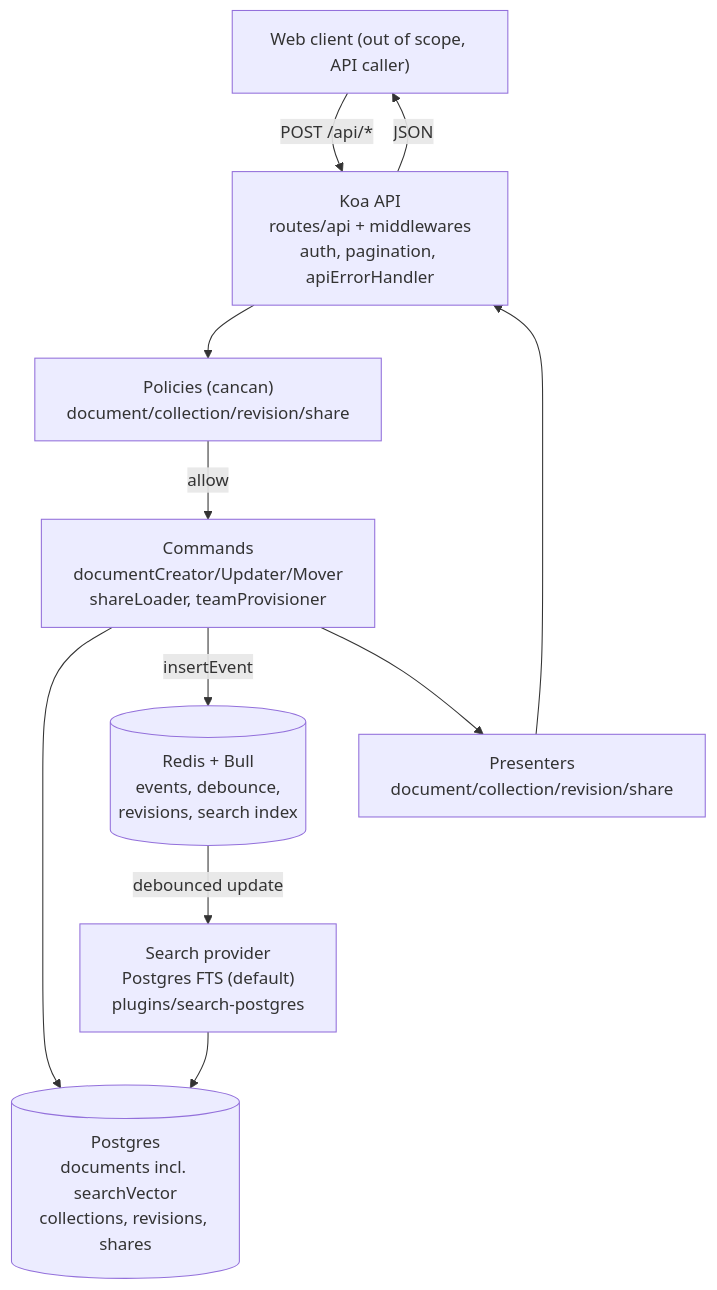
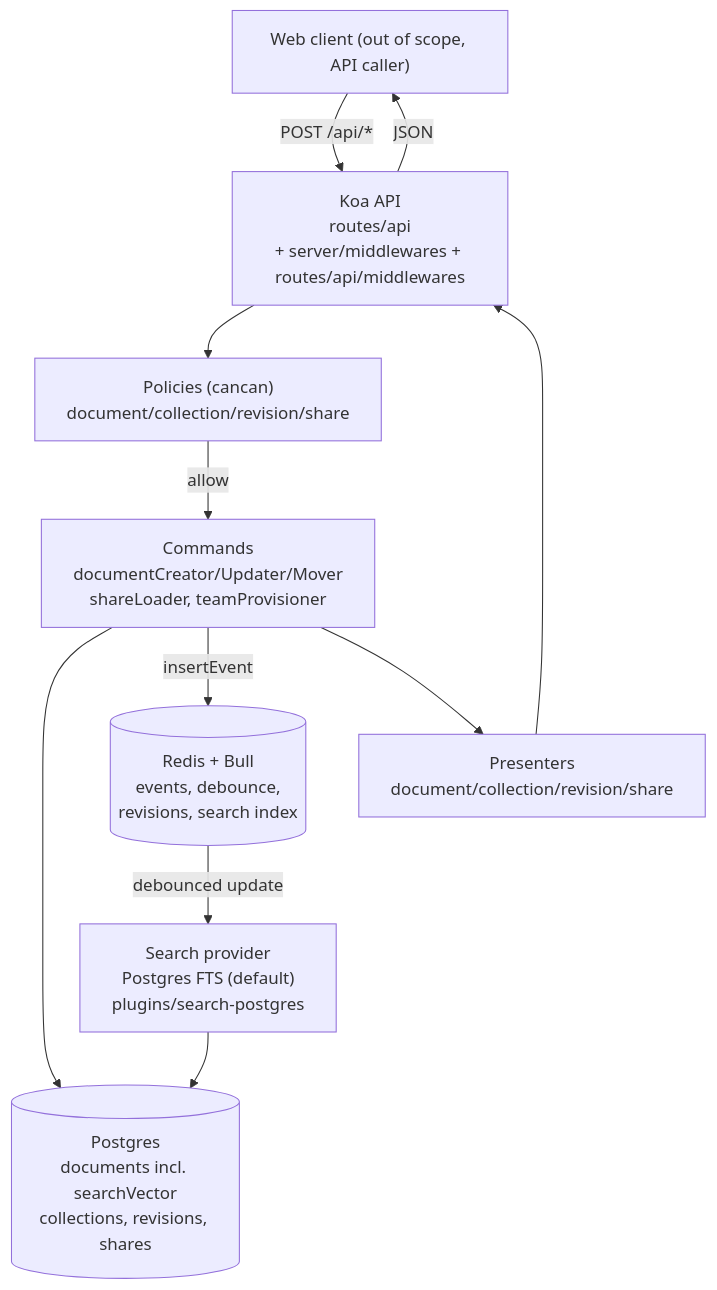
Before and after one commit to alphatrann/outline: the first of 6 diagrams in docs/sprint1/dataflows.md, drawn with Mermaid. The commit also changed other lines of this file and 2 other files, not shown here.

Commit message:
docs(sprint1): single-source diagrams inline, drop .mmd copies

````diff
--- a/docs/sprint1/dataflows.md
+++ b/docs/sprint1/dataflows.md
@@ -5,21 +5,21 @@
 ```mermaid
 flowchart TB
   Client["Web client (out of scope, API caller)"]
-  API["Koa API<br/>routes/api + middlewares<br/>auth, pagination, apiErrorHandler"]
+  API["Koa API<br/>routes/api<br/>+ server/middlewares + routes/api/middlewares"]
   Cmd["Commands<br/>documentCreator/Updater/Mover<br/>shareLoader, teamProvisioner"]
   Pol["Policies (cancan)<br/>document/collection/revision/share"]
   Pres["Presenters<br/>document/collection/revision/share"]
   PG[("Postgres<br/>documents incl. searchVector<br/>collections, revisions, shares")]
   Redis[("Redis + Bull<br/>events, debounce,<br/>revisions, search index")]
   Search["Search provider<br/>Postgres FTS (default)<br/>plugins/search-postgres"]
   Client -->|"POST /api/*"| API
   API --> Pol
   Pol -->|"allow"| Cmd
   Cmd --> PG
   Cmd -->|"insertEvent"| Redis
   Redis -->|"debounced update"| Search
   Cmd --> Pres
   Pres --> API
   API -->|"JSON"| Client
   Search --> PG
 ```
````
